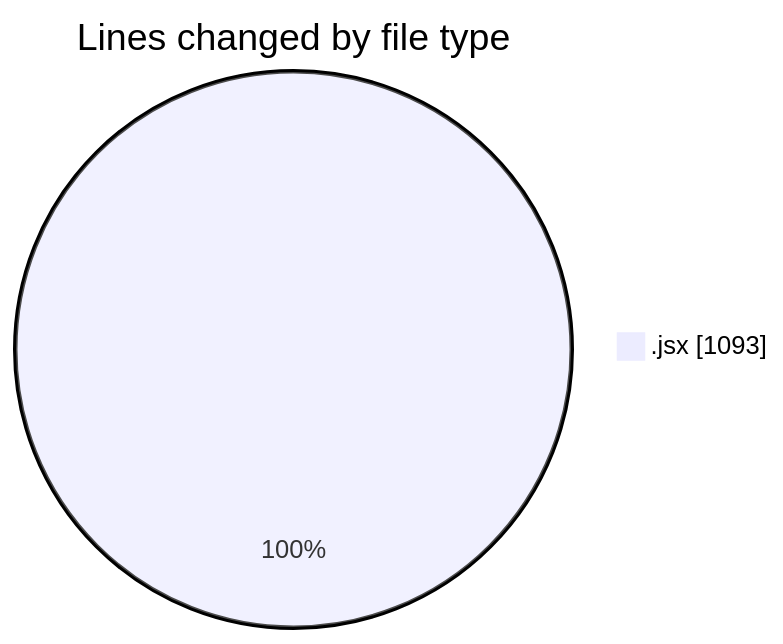
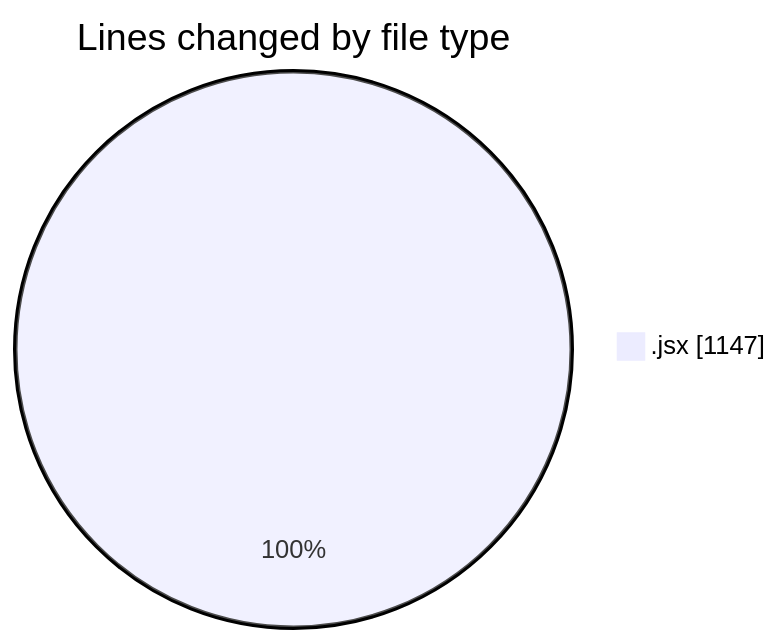
The first of 2 diagrams in 2025-08-22/nxtqube_webapp/README.md (nxtqubesakshisongat/code-tracking), drawn with Mermaid before and after one commit. The commit also changed other lines of this file and 1 other file, not shown here.

````diff
--- a/2025-08-22/nxtqube_webapp/README.md
+++ b/2025-08-22/nxtqube_webapp/README.md
@@ -20,5 +20,5 @@
 ```mermaid
 pie showData
 title Lines changed by file type
-".jsx" : 1093
+".jsx" : 1147
 ```
````
